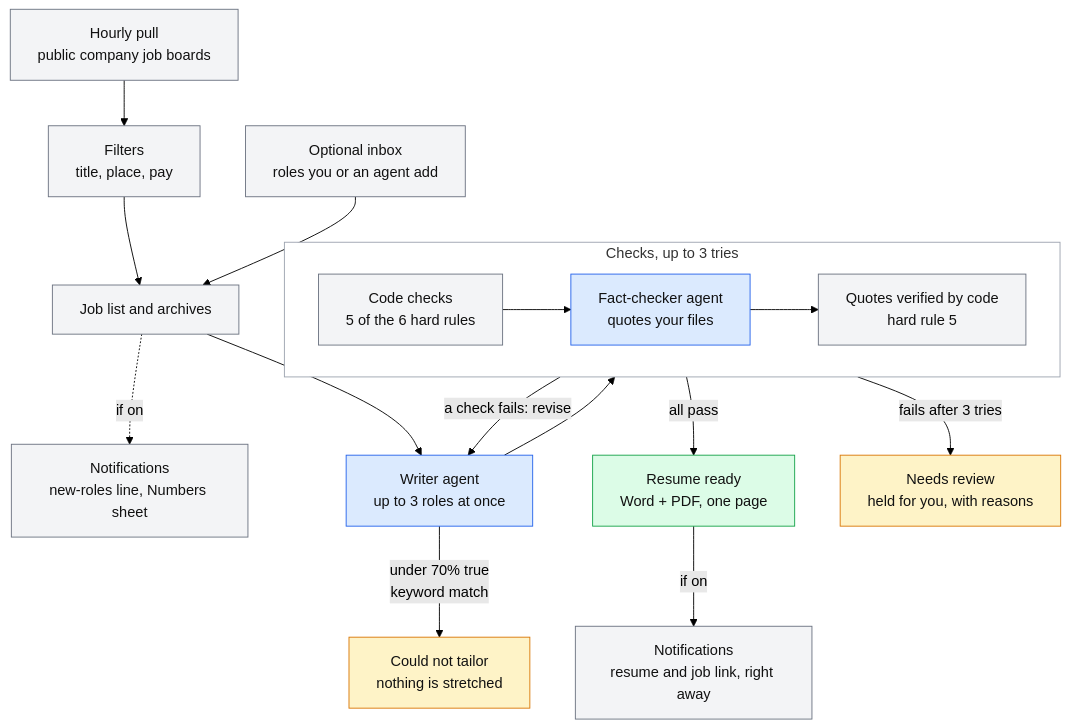
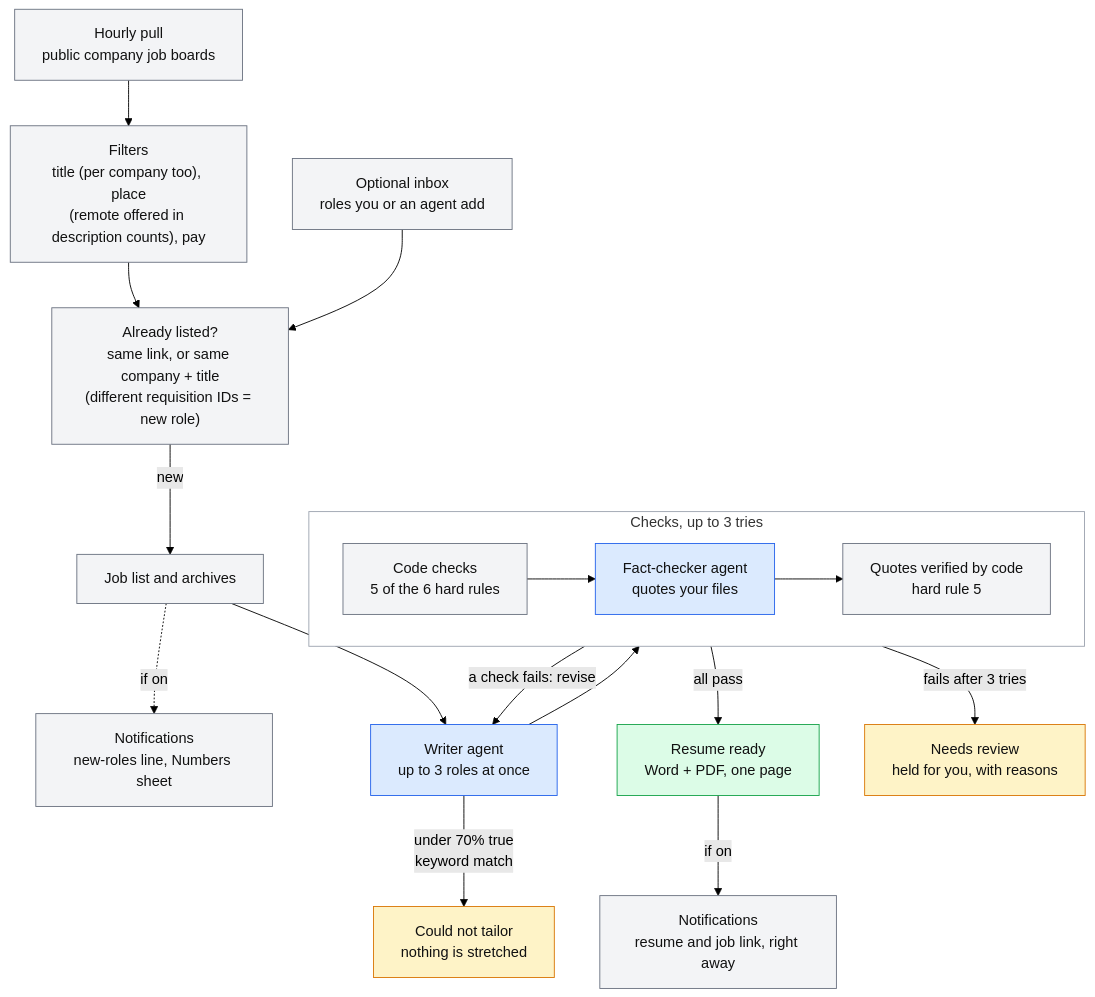
Before and after one commit to mwoodwilson/agentic-job-search: the first of 2 diagrams in README.md, drawn with Mermaid (forest theme). The commit also changed other lines of this file and 11 other files, not shown here.

First line of the commit message:
Requisition-ID dedup, remote offered in the description, per-company titles, set-status script

````diff
--- a/README.md
+++ b/README.md
@@ -17,30 +17,31 @@
 ```mermaid
 flowchart TD
-    pull["Hourly pull<br/>public company job boards"] --> filters["Filters<br/>title, place, pay"]
-    filters --> list["Job list and archives"]
-    inbox["Optional inbox<br/>roles you or an agent add"] --> list
+    pull["Hourly pull<br/>public company job boards"] --> filters["Filters<br/>title (per company too), place<br/>(remote offered in description counts), pay"]
+    filters --> dedup["Already listed?<br/>same link, or same company + title<br/>(different requisition IDs = new role)"]
+    dedup -->|"new"| list["Job list and archives"]
+    inbox["Optional inbox<br/>roles you or an agent add"] --> dedup
     list -.->|"if on"| sheet["Notifications<br/>new-roles line, Numbers sheet"]
     list --> writer["Writer agent<br/>up to 3 roles at once"]
     writer -->|"under 70% true<br/>keyword match"| could["Could not tailor<br/>nothing is stretched"]
     writer --> checks
 
     subgraph checks["Checks, up to 3 tries"]
         direction LR
         code["Code checks<br/>5 of the 6 hard rules"] --> checker["Fact-checker agent<br/>quotes your files"] --> quotes["Quotes verified by code<br/>hard rule 5"]
     end
 
     checks -->|"a check fails: revise"| writer
     checks -->|"all pass"| ready["Resume ready<br/>Word + PDF, one page"]
     checks -->|"fails after 3 tries"| review["Needs review<br/>held for you, with reasons"]
     ready -->|"if on"| send["Notifications<br/>resume and job link, right away"]
 
     classDef agent fill:#dbeafe,stroke:#2563eb,color:#111
     classDef plain fill:#f3f4f6,stroke:#6b7280,color:#111
     classDef good fill:#dcfce7,stroke:#16a34a,color:#111
     classDef held fill:#fef3c7,stroke:#d97706,color:#111
     class writer,checker agent
-    class pull,filters,list,inbox,code,quotes,send,sheet plain
+    class pull,filters,dedup,list,inbox,code,quotes,send,sheet plain
     class ready good
     class could,review held
     style checks fill:#ffffff,stroke:#9ca3af
 ```
````
